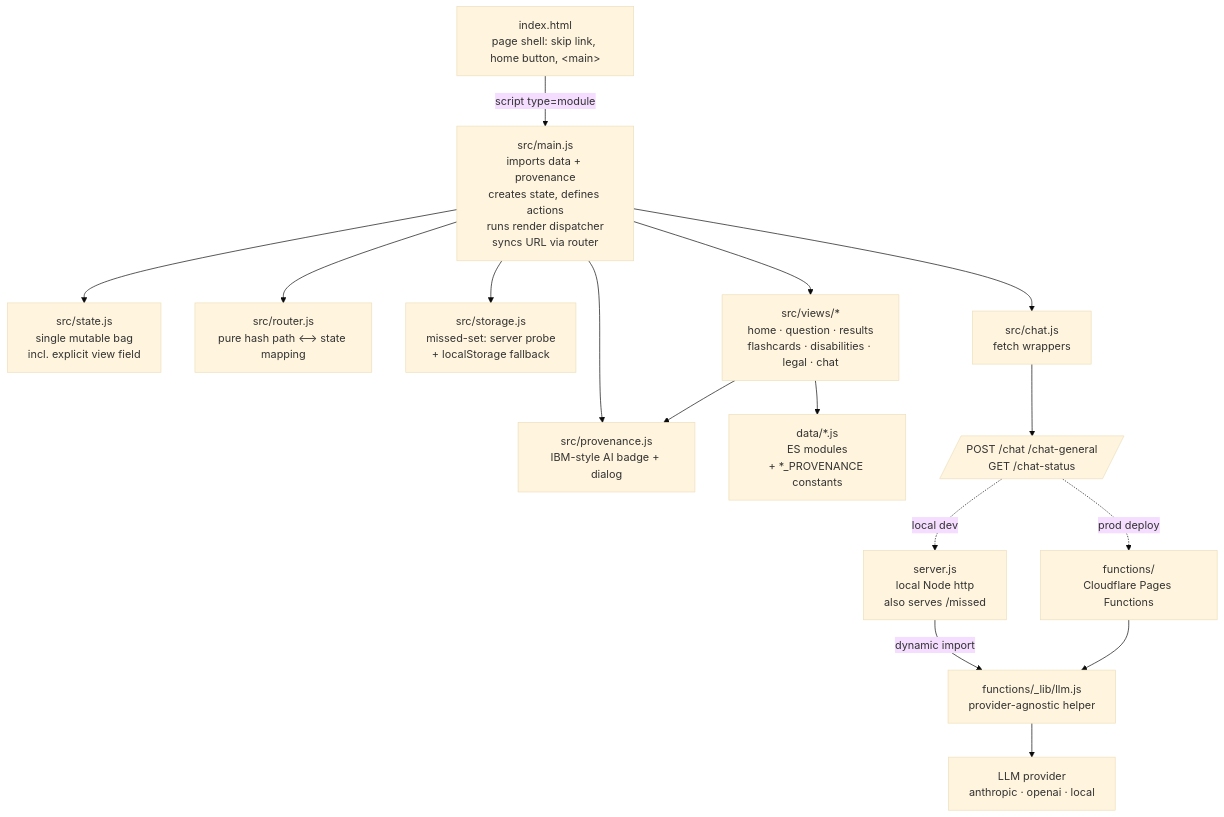
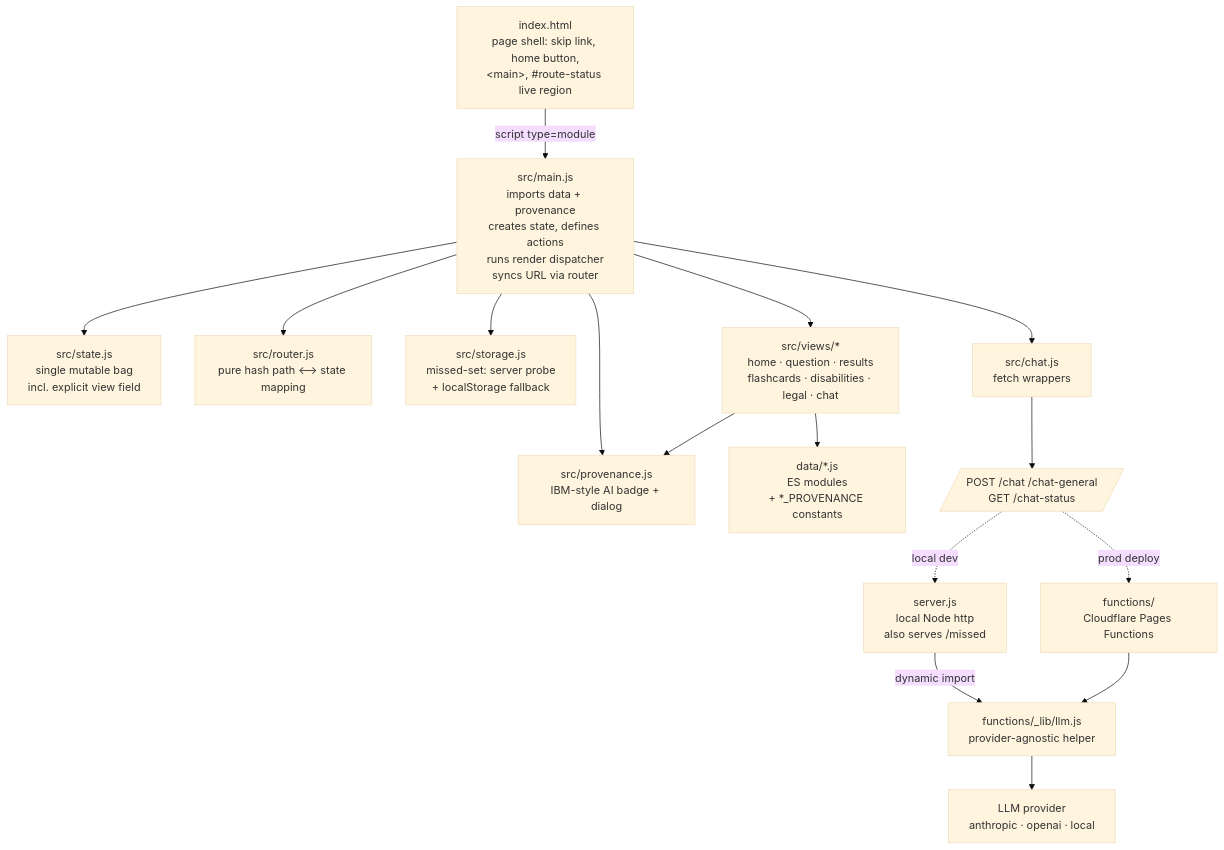
The first of 4 diagrams in ARCHITECTURE.md (lucidsif/cpacc-exam-prep), drawn with Mermaid (base theme) before and after one commit. The commit also changed other lines of this file and 22 other files, not shown here.

````diff
--- a/ARCHITECTURE.md
+++ b/ARCHITECTURE.md
@@ -16,36 +16,36 @@
 ```mermaid
 graph TD
   accTitle: High-level architecture of the CPACC test-maker app
   accDescr: index.html loads main.js which imports data and provenance, creates state, and runs a render dispatcher. The dispatcher delegates to one of seven view modules based on the explicit state.view field, then syncs the URL hash via the router module so browser Back and Forward work. Views read from a shared state object and never mutate it directly — they invoke actions defined in main.js. The chat endpoints are served either by a local Node server or by Cloudflare Pages Functions. Both call the same shared helper, functions/_lib/llm.js, which forwards the request to the configured LLM provider: Anthropic, OpenAI, or a local OpenAI-compatible model server.
 
-  H[index.html<br/>page shell: skip link, home button, &lt;main&gt;]
+  H[index.html<br/>page shell: skip link, home button,<br/>&lt;main&gt;, #route-status live region]
   M[src/main.js<br/>imports data + provenance<br/>creates state, defines actions<br/>runs render dispatcher<br/>syncs URL via router]
   S[src/state.js<br/>single mutable bag<br/>incl. explicit view field]
   R[src/router.js<br/>pure hash path ⟷ state mapping]
   ST[src/storage.js<br/>missed-set: server probe<br/>+ localStorage fallback]
   P[src/provenance.js<br/>IBM-style AI badge + dialog]
   V[src/views/*<br/>home · question · results<br/>flashcards · disabilities · legal · chat]
   D[data/*.js<br/>ES modules<br/>+ *_PROVENANCE constants]
   CL[src/chat.js<br/>fetch wrappers]
   SRV[/POST /chat /chat-general<br/>GET /chat-status/]
   LN[server.js<br/>local Node http<br/>also serves /missed]
   CF[functions/<br/>Cloudflare Pages Functions]
   LLM[functions/_lib/llm.js<br/>provider-agnostic helper]
   A[LLM provider<br/>anthropic · openai · local]
 
   H -->|script type=module| M
   M --> S
   M --> R
   M --> ST
   M --> P
   M --> V
   M --> CL
   V --> D
   V --> P
   CL --> SRV
   SRV -.->|local dev| LN
   SRV -.->|prod deploy| CF
   LN -->|dynamic import| LLM
   CF --> LLM
   LLM --> A
 ```
````
